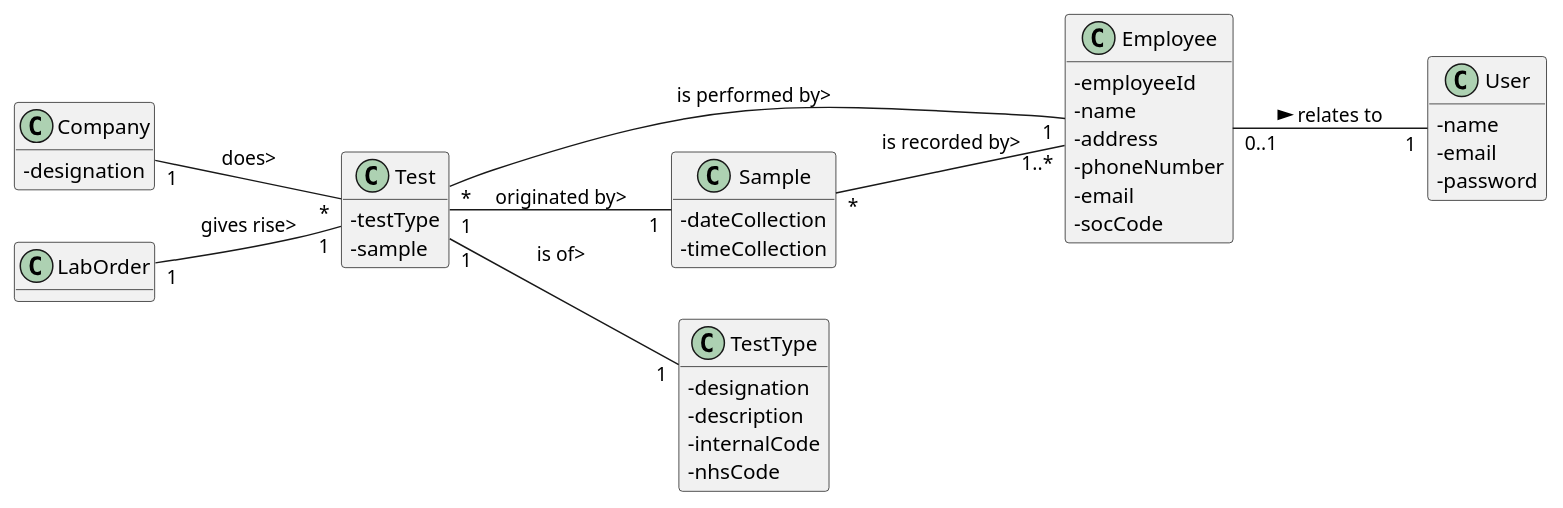
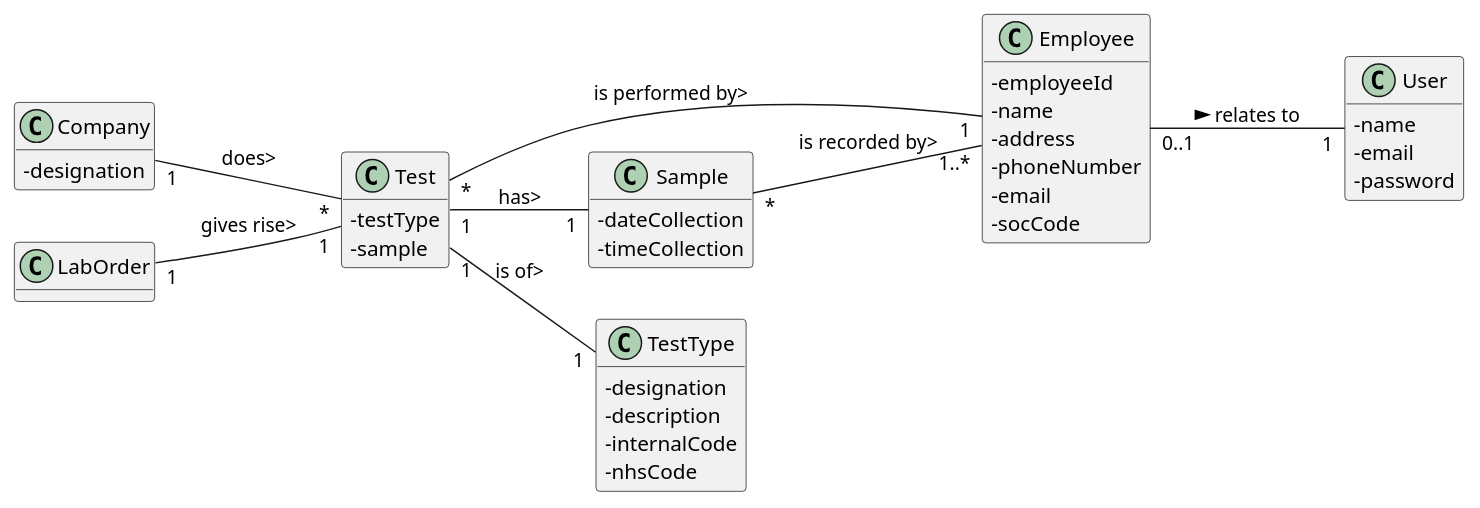
The diagram in docs/SprintC/US5_RecordTheSample/US005_MD.puml (Pedromaia26/LAPR2-ISEP), drawn with PlantUML before and after one commit. The commit also changed 12 other files, not shown here.

```diff
--- a/docs/SprintC/US5_RecordTheSample/US005_MD.puml
+++ b/docs/SprintC/US5_RecordTheSample/US005_MD.puml
@@ -1,54 +1,54 @@
 @startuml
 hide methods
 left to right direction
 skinparam classAttributeIconSize 0
 
 
 class Company {
   -designation
 }
 
 class Employee {
   -employeeId
   -name
   -address
   -phoneNumber
   -email
   -socCode
 }
 
 
 
 class User{
   -name
   -email
   -password
 }
 
 class Test{
 
 -testType
 -sample
 }
 
 class Sample{
 
 -dateCollection
 -timeCollection
 }
 class TestType{
 -designation
 -description
 -internalCode
 -nhsCode
 }
 
 
 Company "1" -- "*" Test: does>
-Test "1" -- "1" Sample : originated by>
+Test "1" -- "1" Sample : has>
 Test "*" -- "1" Employee : is performed by>
 Test "1" -- "1" TestType : is of>
 Employee "0..1" -- "1" User: relates to >
 Sample "*" -- "1..*" Employee : is recorded by>
 LabOrder "1" -- "1" Test : gives rise>
 @enduml
```
